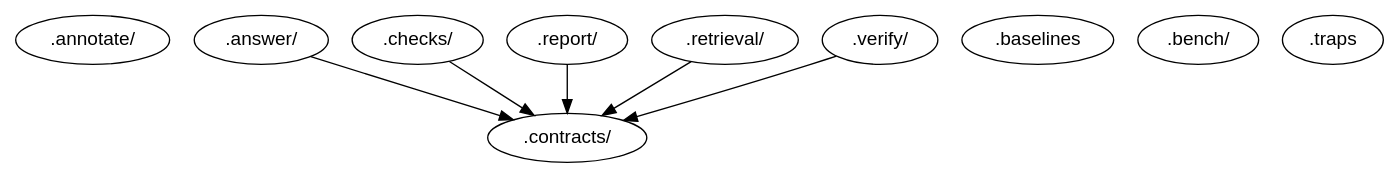
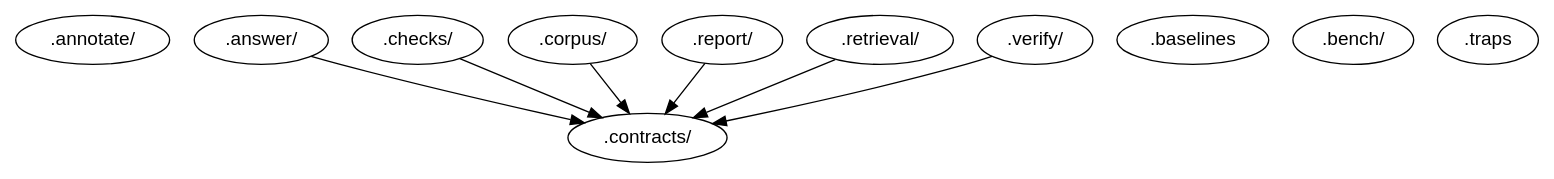
Before and after one commit to squliyev/bio-claim-check: the diagram in docs/architecture/features.dot, drawn with Graphviz. The commit also changed 36 other files, not shown here.

```diff
--- a/docs/architecture/features.dot
+++ b/docs/architecture/features.dot
@@ -1,18 +1,20 @@
 digraph {
     node [fontname=helvetica]
     ".annotate" [label=".annotate/"]
     ".answer" [label=".answer/"]
     ".baselines"
     ".bench" [label=".bench/"]
     ".checks" [label=".checks/"]
     ".contracts" [label=".contracts/"]
+    ".corpus" [label=".corpus/"]
     ".report" [label=".report/"]
     ".retrieval" [label=".retrieval/"]
     ".traps"
     ".verify" [label=".verify/"]
     ".answer" ->  ".contracts"
     ".checks" ->  ".contracts"
+    ".corpus" ->  ".contracts"
     ".report" ->  ".contracts"
     ".retrieval" ->  ".contracts"
     ".verify" ->  ".contracts"
 }
```
